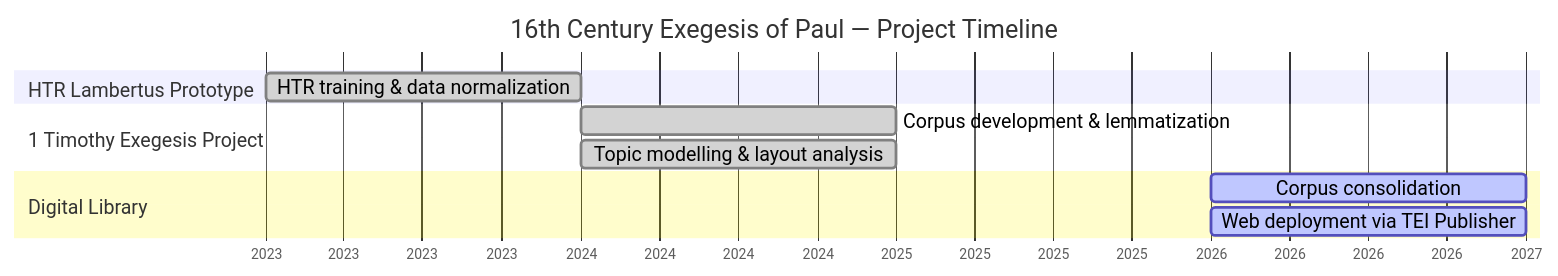
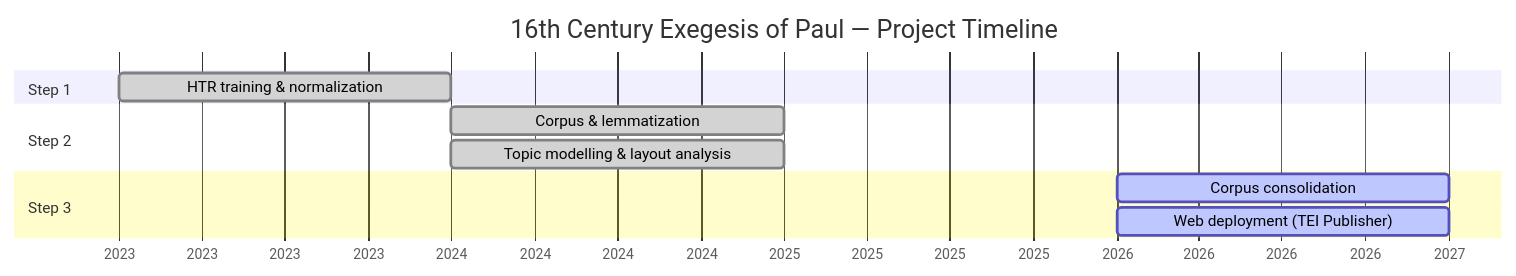
Before and after one commit to RRP-Reading-the-Sources-DH/.github: the second of 2 diagrams in profile/README.md, drawn with Mermaid. The commit also changed other lines of this file, not shown here.

````diff
--- a/profile/README.md
+++ b/profile/README.md
@@ -167,18 +173,17 @@
 ```mermaid
-%%{init: {'gantt': {'leftPadding': 180, 'rightPadding': 20, 'fontSize': 14, 'sectionFontSize': 14}}}%%
 gantt
     title 16th Century Exegesis of Paul — Project Timeline
     dateFormat  YYYY
     axisFormat  %Y
 
-    section HTR Lambertus Prototype
-    HTR training & data normalization       :done, a1, 2023, 2024
+    section Step 1
+    HTR training & normalization        :done, a1, 2023, 2024
 
-    section 1 Timothy Exegesis Project
-    Corpus development & lemmatization      :done, a2, 2024, 2025
-    Topic modelling & layout analysis       :done, a3, 2024, 2025
+    section Step 2
+    Corpus & lemmatization               :done, a2, 2024, 2025
+    Topic modelling & layout analysis    :done, a3, 2024, 2025
 
-    section Digital Library
-    Corpus consolidation                    :active, a4, 2026, 2027
-    Web deployment via TEI Publisher        :active, a5, 2026, 2027
+    section Step 3
+    Corpus consolidation                 :active, a4, 2026, 2027
+    Web deployment (TEI Publisher)       :active, a5, 2026, 2027
 ```
````
